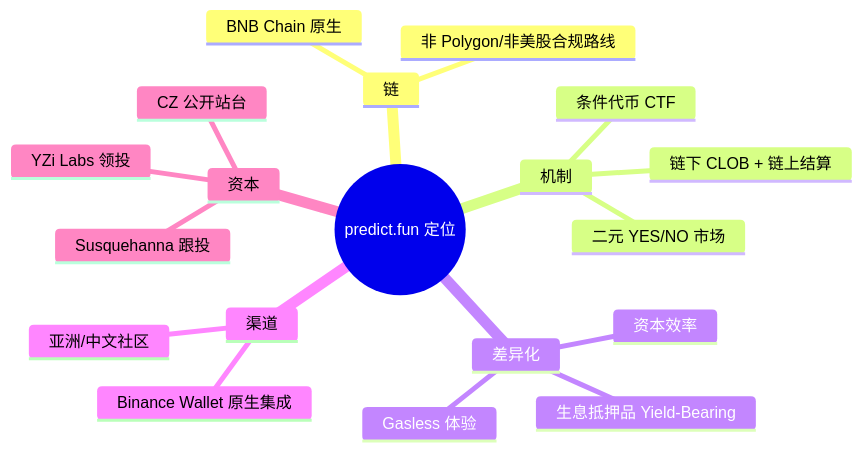
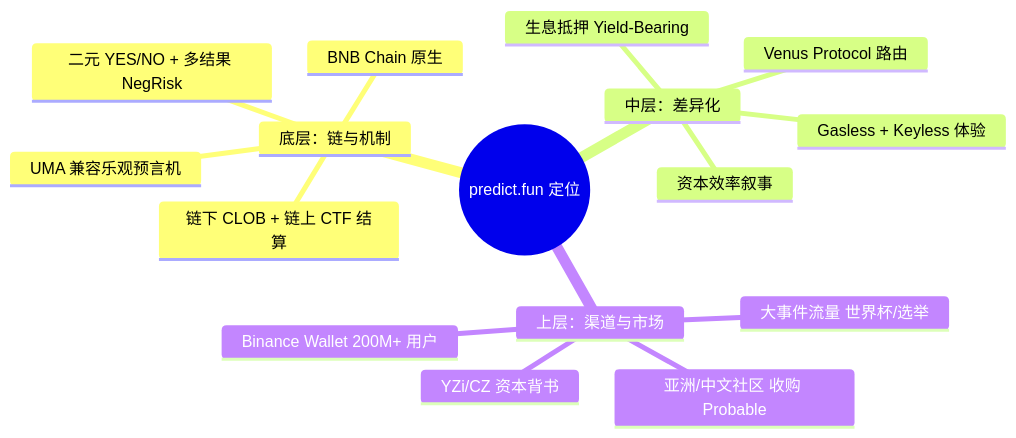
The first of 9 diagrams in research/01_market/analysis.md (survivorff/predictfun_design), drawn with Mermaid before and after one commit. The commit also changed other lines of this file and 11 other files, not shown here.

````diff
--- a/research/01_market/analysis.md
+++ b/research/01_market/analysis.md
@@ -17,22 +19,19 @@
 ```mermaid
 mindmap
   root((predict.fun 定位))
-    链
+    底层：链与机制
       BNB Chain 原生
-      非 Polygon/非美股合规路线
-    机制
-      二元 YES/NO 市场
-      链下 CLOB + 链上结算
-      条件代币 CTF
-    差异化
-      生息抵押品 Yield-Bearing
-      资本效率
-      Gasless 体验
-    渠道
-      Binance Wallet 原生集成
-      亚洲/中文社区
-    资本
-      YZi Labs 领投
-      Susquehanna 跟投
-      CZ 公开站台
+      二元 YES/NO + 多结果 NegRisk
+      链下 CLOB + 链上 CTF 结算
+      UMA 兼容乐观预言机
+    中层：差异化
+      生息抵押 Yield-Bearing
+      Venus Protocol 路由
+      资本效率叙事
+      Gasless + Keyless 体验
+    上层：渠道与市场
+      Binance Wallet 200M+ 用户
+      亚洲/中文社区 收购 Probable
+      大事件流量 世界杯/选举
+      YZi/CZ 资本背书
 ```
````
